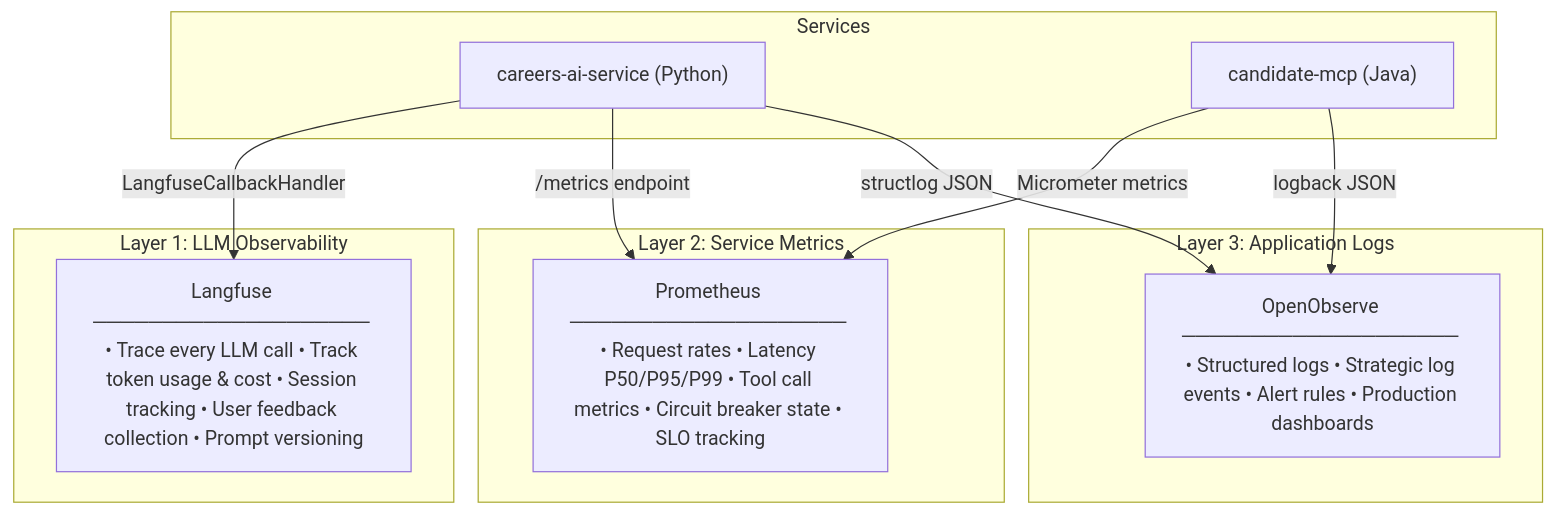
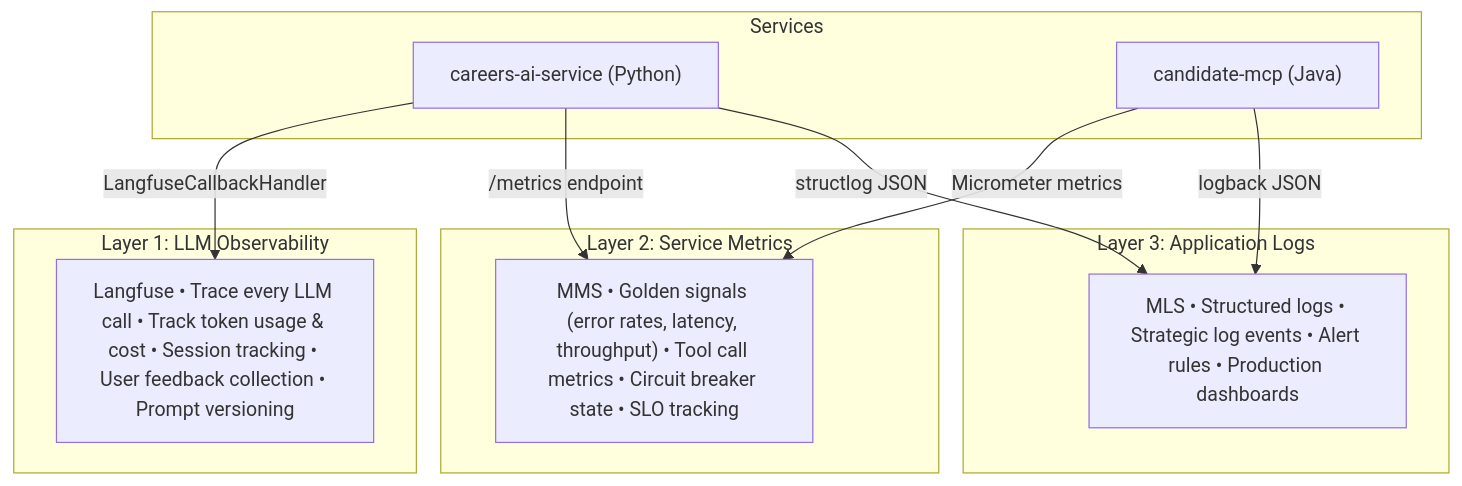
Diagram 25 of 32 in LLD_POST_APPLY_ASSISTANT.md (venkat-raman17/candidate-agent), drawn with Mermaid before and after one commit. The commit also changed other lines of this file, not shown here.

````diff
--- a/LLD_POST_APPLY_ASSISTANT.md
+++ b/LLD_POST_APPLY_ASSISTANT.md
@@ -1417,25 +1354,25 @@
 ```mermaid
 flowchart TD
     subgraph "Layer 1: LLM Observability"
-        LF["Langfuse ──────────────────── • Trace every LLM call • Track token usage & cost • Session tracking • User feedback collection • Prompt versioning"]
+        LF["Langfuse • Trace every LLM call • Track token usage & cost • Session tracking • User feedback collection • Prompt versioning"]
     end
 
     subgraph "Layer 2: Service Metrics"
-        PROM["Prometheus ──────────────────── • Request rates • Latency P50/P95/P99 • Tool call metrics • Circuit breaker state • SLO tracking"]
+        PROM["MMS • Golden signals (error rates, latency, throughput) • Tool call metrics • Circuit breaker state • SLO tracking"]
     end
 
     subgraph "Layer 3: Application Logs"
-        OO["OpenObserve ──────────────────── • Structured logs • Strategic log events • Alert rules • Production dashboards"]
+        OO["MLS • Structured logs • Strategic log events • Alert rules • Production dashboards"]
     end
 
     subgraph "Services"
         PA["careers-ai-service (Python)"]
         MC["candidate-mcp (Java)"]
     end
 
     PA -->|"LangfuseCallbackHandler"| LF
     PA -->|"/metrics endpoint"| PROM
     MC -->|"Micrometer metrics"| PROM
     PA -->|"structlog JSON"| OO
     MC -->|"logback JSON"| OO
 ```
````
